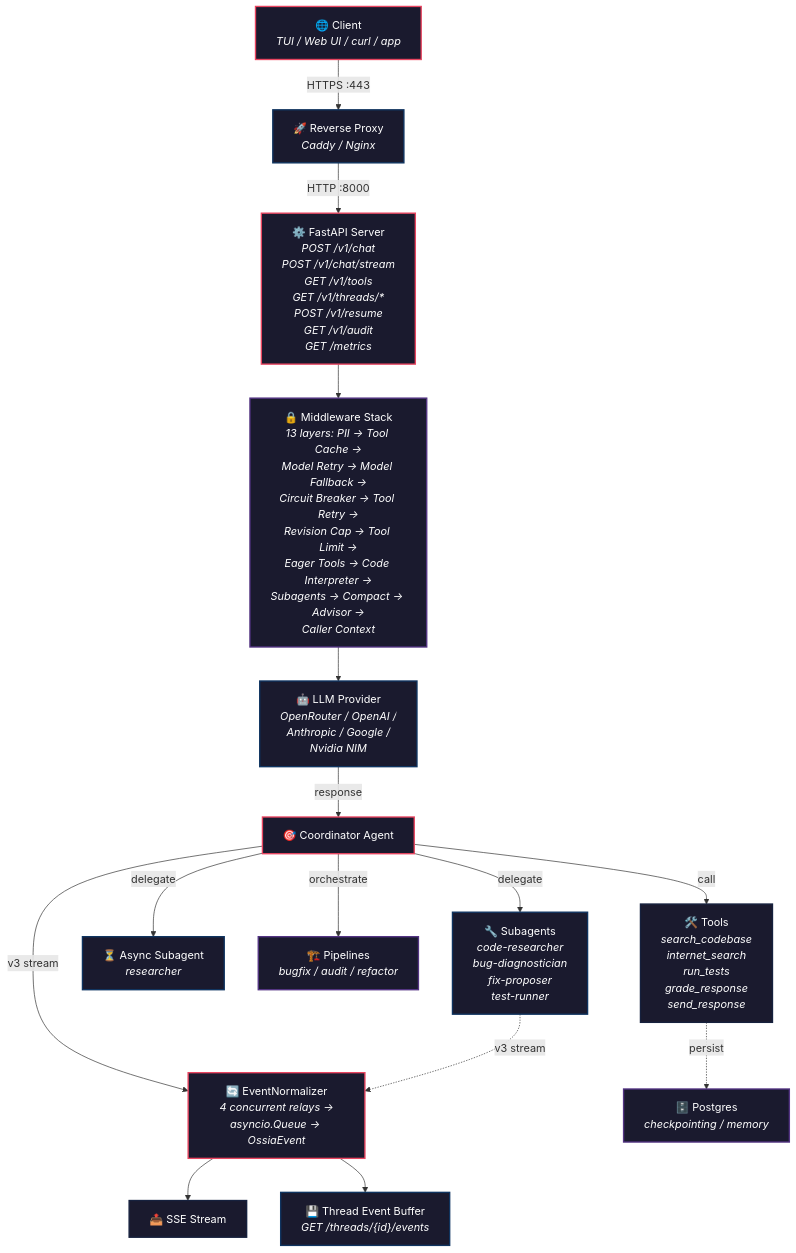
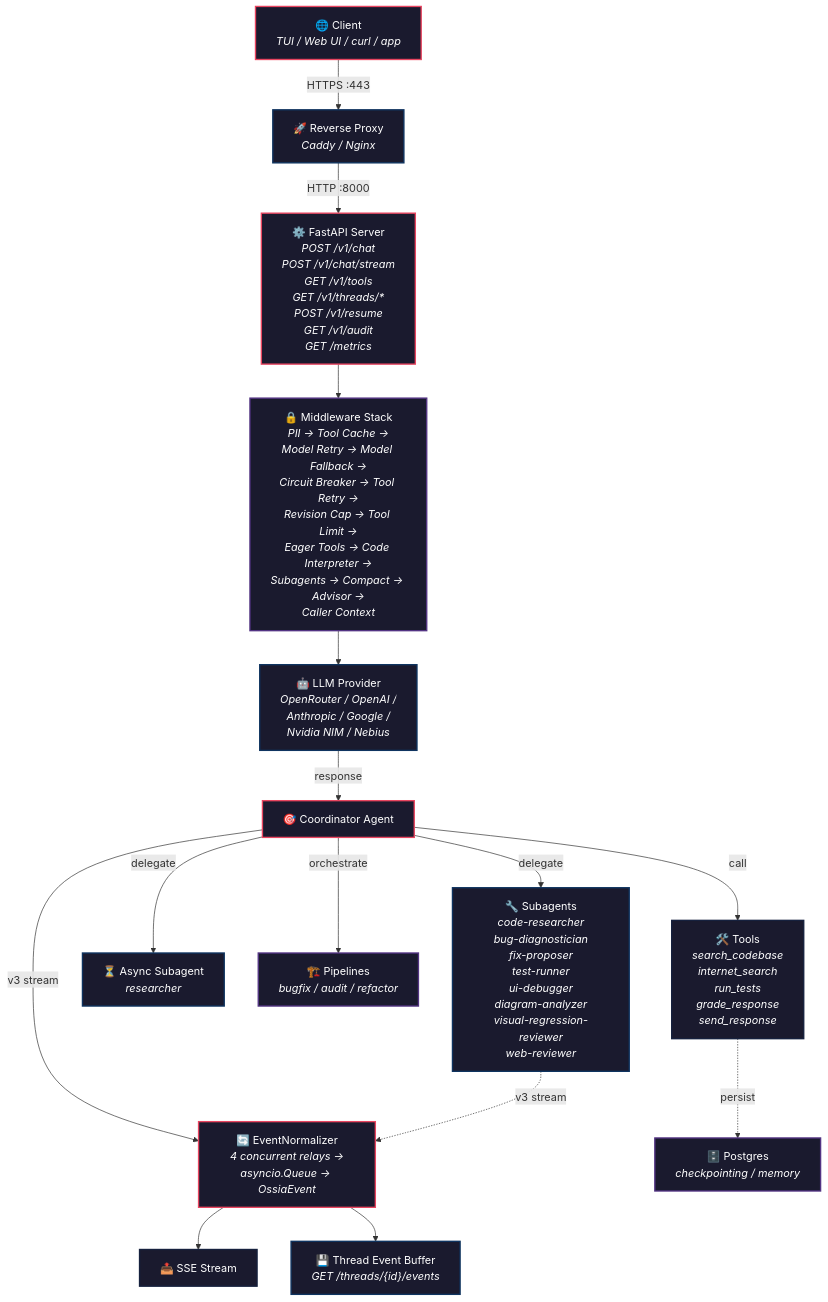
The diagram in README.md (Kiy-K/Ossia), drawn with Mermaid before and after one commit. The commit also changed other lines of this file, not shown here.

````diff
--- a/README.md
+++ b/README.md
@@ -37,47 +34,47 @@
 ```mermaid
 flowchart TB
     Client["🌐 Client<br/><i>TUI / Web UI / curl / app</i>"]
     Proxy["🚀 Reverse Proxy<br/><i>Caddy / Nginx</i>"]
     API["⚙️ FastAPI Server<br/><i>POST /v1/chat<br/>POST /v1/chat/stream<br/>GET /v1/tools<br/>GET /v1/threads/*<br/>POST /v1/resume<br/>GET /v1/audit<br/>GET /metrics</i>"]
-    MW["🔒 Middleware Stack<br/><i>13 layers: PII → Tool Cache →<br/>Model Retry → Model Fallback →<br/>Circuit Breaker → Tool Retry →<br/>Revision Cap → Tool Limit →<br/>Eager Tools → Code Interpreter →<br/>Subagents → Compact → Advisor →<br/>Caller Context</i>"]
-    LLM["🤖 LLM Provider<br/><i>OpenRouter / OpenAI /<br/>Anthropic / Google /<br/>Nvidia NIM</i>"]
+    MW["🔒 Middleware Stack<br/><i>PII → Tool Cache →<br/>Model Retry → Model Fallback →<br/>Circuit Breaker → Tool Retry →<br/>Revision Cap → Tool Limit →<br/>Eager Tools → Code Interpreter →<br/>Subagents → Compact → Advisor →<br/>Caller Context</i>"]
+    LLM["🤖 LLM Provider<br/><i>OpenRouter / OpenAI /<br/>Anthropic / Google /<br/>Nvidia NIM / Nebius</i>"]
     COORD["🎯 Coordinator Agent"]
-    SUB["🔧 Subagents<br/><i>code-researcher<br/>bug-diagnostician<br/>fix-proposer<br/>test-runner</i>"]
+    SUB["🔧 Subagents<br/><i>code-researcher<br/>bug-diagnostician<br/>fix-proposer<br/>test-runner<br/>ui-debugger<br/>diagram-analyzer<br/>visual-regression-reviewer<br/>web-reviewer</i>"]
     ASYNC["⏳ Async Subagent<br/><i>researcher</i>"]
     PIPE["🏗️ Pipelines<br/><i>bugfix / audit / refactor</i>"]
     TOOLS["🛠️ Tools<br/><i>search_codebase<br/>internet_search<br/>run_tests<br/>grade_response<br/>send_response</i>"]
     NORM["🔄 EventNormalizer<br/><i>4 concurrent relays →<br/>asyncio.Queue → OssiaEvent</i>"]
     SSE["📤 SSE Stream"]
     BUF["💾 Thread Event Buffer<br/><i>GET /threads/{id}/events</i>"]
     POSTGRES["🗄️ Postgres<br/><i>checkpointing / memory</i>"]
 
     Client -->|HTTPS :443| Proxy
     Proxy -->|HTTP :8000| API
     API --> MW
     MW --> LLM
     LLM -->|response| COORD
     COORD -->|delegate| SUB
     COORD -->|delegate| ASYNC
     COORD -->|orchestrate| PIPE
     COORD -->|call| TOOLS
     TOOLS -.->|persist| POSTGRES
     COORD -->|v3 stream| NORM
     SUB -.->|v3 stream| NORM
     NORM --> SSE
     NORM --> BUF
 
     style Client fill:#1a1a2e,stroke:#e94560,stroke-width:2px,color:#fff
     style Proxy fill:#1a1a2e,stroke:#0f3460,stroke-width:2px,color:#fff
     style API fill:#1a1a2e,stroke:#e94560,stroke-width:2px,color:#fff
     style MW fill:#1a1a2e,stroke:#533483,stroke-width:2px,color:#fff
     style LLM fill:#1a1a2e,stroke:#0f3460,stroke-width:2px,color:#fff
     style COORD fill:#1a1a2e,stroke:#e94560,stroke-width:2px,color:#fff
     style SUB fill:#1a1a2e,stroke:#0f3460,stroke-width:2px,color:#fff
     style ASYNC fill:#1a1a2e,stroke:#0f3460,stroke-width:2px,color:#fff
     style PIPE fill:#1a1a2e,stroke:#533483,stroke-width:2px,color:#fff
     style TOOLS fill:#1a1a2e,stroke:#16213e,stroke-width:2px,color:#fff
     style NORM fill:#1a1a2e,stroke:#e94560,stroke-width:2px,color:#fff
     style SSE fill:#1a1a2e,stroke:#16213e,stroke-width:2px,color:#fff
     style BUF fill:#1a1a2e,stroke:#0f3460,stroke-width:2px,color:#fff
     style POSTGRES fill:#1a1a2e,stroke:#533483,stroke-width:2px,color:#fff
 ```
````
